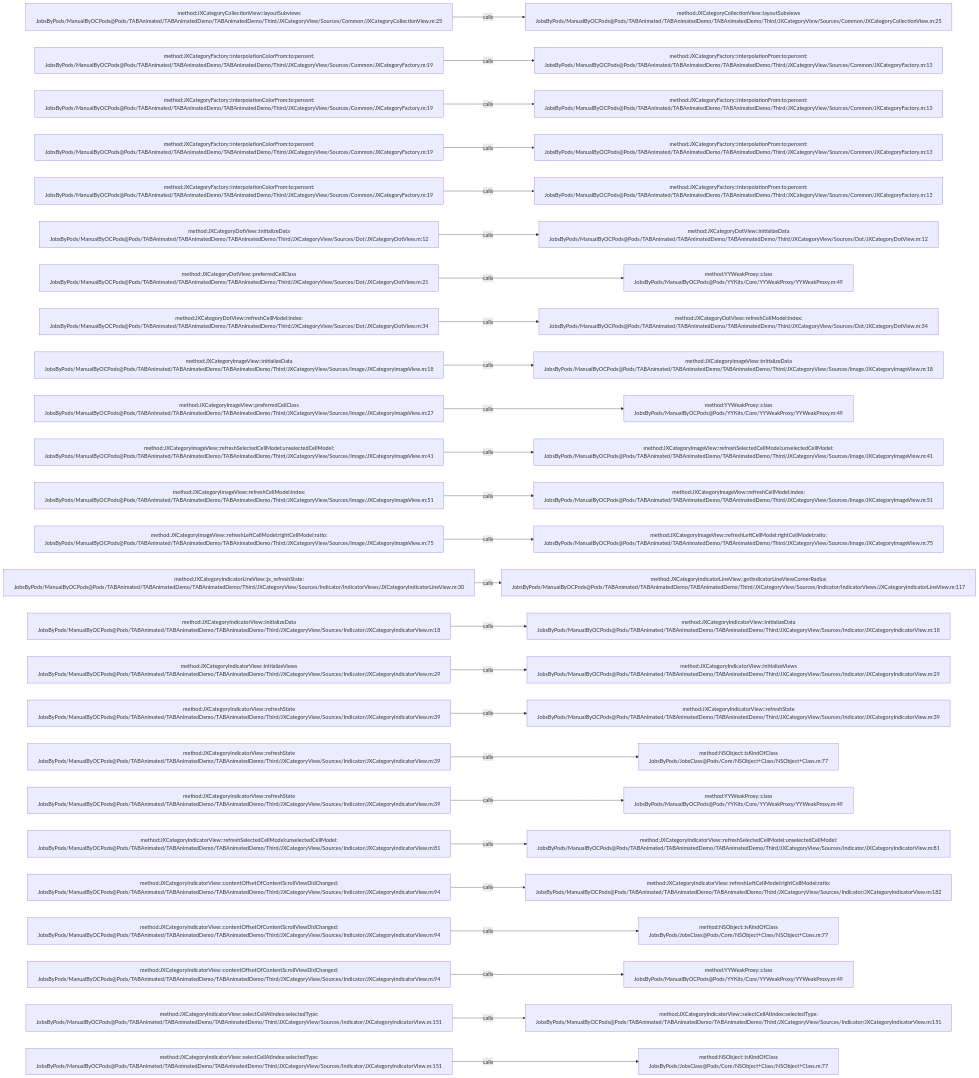
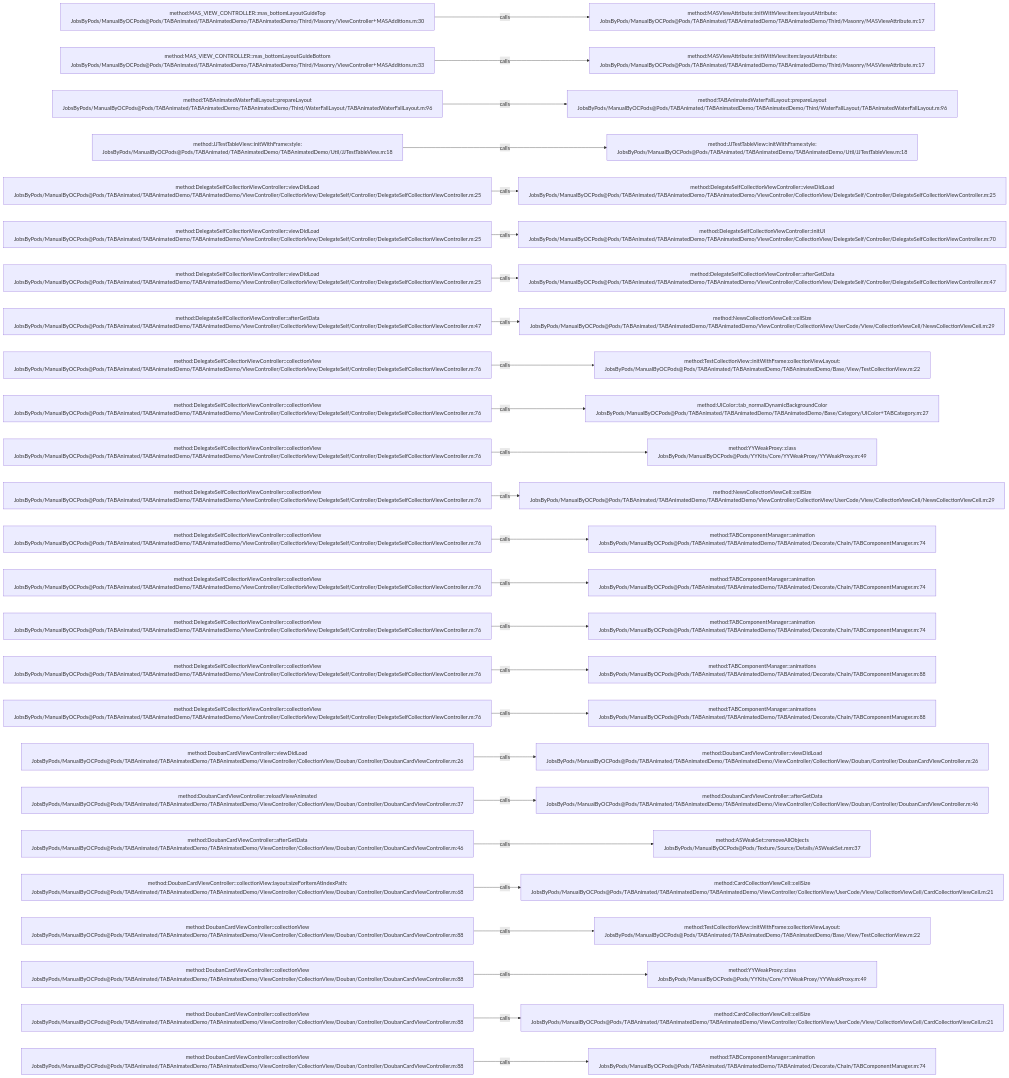
One commit to JobsKits/JobsOCBaseConfigDemo changed the diagram in .codegraph/codegraph.md/graphs/calls-040.md. Above: the diagram before and after it, drawn with Mermaid. The commit also changed 1448 other files, not shown here.

````diff
--- a/.codegraph/codegraph.md/graphs/calls-040.md
+++ b/.codegraph/codegraph.md/graphs/calls-040.md
@@ -13,78 +13,78 @@
 ```mermaid
 flowchart LR
-  S1["method:JXCategoryCollectionView::layoutSubviews<br/>JobsByPods/ManualByOCPods@Pods/TABAnimated/TABAnimatedDemo/TABAnimatedDemo/Third/JXCategoryView/Sources/Common/JXCategoryCollectionView.m:25"]
-  T1["method:JXCategoryCollectionView::layoutSubviews<br/>JobsByPods/ManualByOCPods@Pods/TABAnimated/TABAnimatedDemo/TABAnimatedDemo/Third/JXCategoryView/Sources/Common/JXCategoryCollectionView.m:25"]
+  S1["method:MAS_VIEW_CONTROLLER::mas_bottomLayoutGuideTop<br/>JobsByPods/ManualByOCPods@Pods/TABAnimated/TABAnimatedDemo/TABAnimatedDemo/Third/Masonry/ViewController+MASAdditions.m:30"]
+  T1["method:MASViewAttribute::initWithView:item:layoutAttribute:<br/>JobsByPods/ManualByOCPods@Pods/TABAnimated/TABAnimatedDemo/TABAnimatedDemo/Third/Masonry/MASViewAttribute.m:17"]
   S1 -->|calls| T1
-  S2["method:JXCategoryFactory::interpolationColorFrom:to:percent:<br/>JobsByPods/ManualByOCPods@Pods/TABAnimated/TABAnimatedDemo/TABAnimatedDemo/Third/JXCategoryView/Sources/Common/JXCategoryFactory.m:19"]
-  T2["method:JXCategoryFactory::interpolationFrom:to:percent:<br/>JobsByPods/ManualByOCPods@Pods/TABAnimated/TABAnimatedDemo/TABAnimatedDemo/Third/JXCategoryView/Sources/Common/JXCategoryFactory.m:13"]
+  S2["method:MAS_VIEW_CONTROLLER::mas_bottomLayoutGuideBottom<br/>JobsByPods/ManualByOCPods@Pods/TABAnimated/TABAnimatedDemo/TABAnimatedDemo/Third/Masonry/ViewController+MASAdditions.m:33"]
+  T2["method:MASViewAttribute::initWithView:item:layoutAttribute:<br/>JobsByPods/ManualByOCPods@Pods/TABAnimated/TABAnimatedDemo/TABAnimatedDemo/Third/Masonry/MASViewAttribute.m:17"]
   S2 -->|calls| T2
-  S3["method:JXCategoryFactory::interpolationColorFrom:to:percent:<br/>JobsByPods/ManualByOCPods@Pods/TABAnimated/TABAnimatedDemo/TABAnimatedDemo/Third/JXCategoryView/Sources/Common/JXCategoryFactory.m:19"]
-  T3["method:JXCategoryFactory::interpolationFrom:to:percent:<br/>JobsByPods/ManualByOCPods@Pods/TABAnimated/TABAnimatedDemo/TABAnimatedDemo/Third/JXCategoryView/Sources/Common/JXCategoryFactory.m:13"]
+  S3["method:TABAnimatedWaterFallLayout::prepareLayout<br/>JobsByPods/ManualByOCPods@Pods/TABAnimated/TABAnimatedDemo/TABAnimatedDemo/Third/WaterFallLayout/TABAnimatedWaterFallLayout.m:96"]
+  T3["method:TABAnimatedWaterFallLayout::prepareLayout<br/>JobsByPods/ManualByOCPods@Pods/TABAnimated/TABAnimatedDemo/TABAnimatedDemo/Third/WaterFallLayout/TABAnimatedWaterFallLayout.m:96"]
   S3 -->|calls| T3
-  S4["method:JXCategoryFactory::interpolationColorFrom:to:percent:<br/>JobsByPods/ManualByOCPods@Pods/TABAnimated/TABAnimatedDemo/TABAnimatedDemo/Third/JXCategoryView/Sources/Common/JXCategoryFactory.m:19"]
-  T4["method:JXCategoryFactory::interpolationFrom:to:percent:<br/>JobsByPods/ManualByOCPods@Pods/TABAnimated/TABAnimatedDemo/TABAnimatedDemo/Third/JXCategoryView/Sources/Common/JXCategoryFactory.m:13"]
+  S4["method:JJTestTableView::initWithFrame:style:<br/>JobsByPods/ManualByOCPods@Pods/TABAnimated/TABAnimatedDemo/TABAnimatedDemo/Util/JJTestTableView.m:18"]
+  T4["method:JJTestTableView::initWithFrame:style:<br/>JobsByPods/ManualByOCPods@Pods/TABAnimated/TABAnimatedDemo/TABAnimatedDemo/Util/JJTestTableView.m:18"]
   S4 -->|calls| T4
-  S5["method:JXCategoryFactory::interpolationColorFrom:to:percent:<br/>JobsByPods/ManualByOCPods@Pods/TABAnimated/TABAnimatedDemo/TABAnimatedDemo/Third/JXCategoryView/Sources/Common/JXCategoryFactory.m:19"]
-  T5["method:JXCategoryFactory::interpolationFrom:to:percent:<br/>JobsByPods/ManualByOCPods@Pods/TABAnimated/TABAnimatedDemo/TABAnimatedDemo/Third/JXCategoryView/Sources/Common/JXCategoryFactory.m:13"]
+  S5["method:DelegateSelfCollectionViewController::viewDidLoad<br/>JobsByPods/ManualByOCPods@Pods/TABAnimated/TABAnimatedDemo/TABAnimatedDemo/ViewController/CollectionView/DelegateSelf/Controller/DelegateSelfCollectionViewController.m:25"]
+  T5["method:DelegateSelfCollectionViewController::viewDidLoad<br/>JobsByPods/ManualByOCPods@Pods/TABAnimated/TABAnimatedDemo/TABAnimatedDemo/ViewController/CollectionView/DelegateSelf/Controller/DelegateSelfCollectionViewController.m:25"]
   S5 -->|calls| T5
-  S6["method:JXCategoryDotView::initializeData<br/>JobsByPods/ManualByOCPods@Pods/TABAnimated/TABAnimatedDemo/TABAnimatedDemo/Third/JXCategoryView/Sources/Dot/JXCategoryDotView.m:12"]
-  T6["method:JXCategoryDotView::initializeData<br/>JobsByPods/ManualByOCPods@Pods/TABAnimated/TABAnimatedDemo/TABAnimatedDemo/Third/JXCategoryView/Sources/Dot/JXCategoryDotView.m:12"]
+  S6["method:DelegateSelfCollectionViewController::viewDidLoad<br/>JobsByPods/ManualByOCPods@Pods/TABAnimated/TABAnimatedDemo/TABAnimatedDemo/ViewController/CollectionView/DelegateSelf/Controller/DelegateSelfCollectionViewController.m:25"]
+  T6["method:DelegateSelfCollectionViewController::initUI<br/>JobsByPods/ManualByOCPods@Pods/TABAnimated/TABAnimatedDemo/TABAnimatedDemo/ViewController/CollectionView/DelegateSelf/Controller/DelegateSelfCollectionViewController.m:70"]
   S6 -->|calls| T6
-  S7["method:JXCategoryDotView::preferredCellClass<br/>JobsByPods/ManualByOCPods@Pods/TABAnimated/TABAnimatedDemo/TABAnimatedDemo/Third/JXCategoryView/Sources/Dot/JXCategoryDotView.m:21"]
-  T7["method:YYWeakProxy::class<br/>JobsByPods/ManualByOCPods@Pods/YYKits/Core/YYWeakProxy/YYWeakProxy.m:49"]
+  S7["method:DelegateSelfCollectionViewController::viewDidLoad<br/>JobsByPods/ManualByOCPods@Pods/TABAnimated/TABAnimatedDemo/TABAnimatedDemo/ViewController/CollectionView/DelegateSelf/Controller/DelegateSelfCollectionViewController.m:25"]
+  T7["method:DelegateSelfCollectionViewController::afterGetData<br/>JobsByPods/ManualByOCPods@Pods/TABAnimated/TABAnimatedDemo/TABAnimatedDemo/ViewController/CollectionView/DelegateSelf/Controller/DelegateSelfCollectionViewController.m:47"]
   S7 -->|calls| T7
-  S8["method:JXCategoryDotView::refreshCellModel:index:<br/>JobsByPods/ManualByOCPods@Pods/TABAnimated/TABAnimatedDemo/TABAnimatedDemo/Third/JXCategoryView/Sources/Dot/JXCategoryDotView.m:34"]
-  T8["method:JXCategoryDotView::refreshCellModel:index:<br/>JobsByPods/ManualByOCPods@Pods/TABAnimated/TABAnimatedDemo/TABAnimatedDemo/Third/JXCategoryView/Sources/Dot/JXCategoryDotView.m:34"]
+  S8["method:DelegateSelfCollectionViewController::afterGetData<br/>JobsByPods/ManualByOCPods@Pods/TABAnimated/TABAnimatedDemo/TABAnimatedDemo/ViewController/CollectionView/DelegateSelf/Controller/DelegateSelfCollectionViewController.m:47"]
+  T8["method:NewsCollectionViewCell::cellSize<br/>JobsByPods/ManualByOCPods@Pods/TABAnimated/TABAnimatedDemo/TABAnimatedDemo/ViewController/CollectionView/UserCode/View/CollectionViewCell/NewsCollectionViewCell.m:29"]
   S8 -->|calls| T8
-  S9["method:JXCategoryImageView::initializeData<br/>JobsByPods/ManualByOCPods@Pods/TABAnimated/TABAnimatedDemo/TABAnimatedDemo/Third/JXCategoryView/Sources/Image/JXCategoryImageView.m:18"]
-  T9["method:JXCategoryImageView::initializeData<br/>JobsByPods/ManualByOCPods@Pods/TABAnimated/TABAnimatedDemo/TABAnimatedDemo/Third/JXCategoryView/Sources/Image/JXCategoryImageView.m:18"]
+  S9["method:DelegateSelfCollectionViewController::collectionView<br/>JobsByPods/ManualByOCPods@Pods/TABAnimated/TABAnimatedDemo/TABAnimatedDemo/ViewController/CollectionView/DelegateSelf/Controller/DelegateSelfCollectionViewController.m:76"]
+  T9["method:TestCollectionView::initWithFrame:collectionViewLayout:<br/>JobsByPods/ManualByOCPods@Pods/TABAnimated/TABAnimatedDemo/TABAnimatedDemo/Base/View/TestCollectionView.m:22"]
   S9 -->|calls| T9
-  S10["method:JXCategoryImageView::preferredCellClass<br/>JobsByPods/ManualByOCPods@Pods/TABAnimated/TABAnimatedDemo/TABAnimatedDemo/Third/JXCategoryView/Sources/Image/JXCategoryImageView.m:27"]
-  T10["method:YYWeakProxy::class<br/>JobsByPods/ManualByOCPods@Pods/YYKits/Core/YYWeakProxy/YYWeakProxy.m:49"]
+  S10["method:DelegateSelfCollectionViewController::collectionView<br/>JobsByPods/ManualByOCPods@Pods/TABAnimated/TABAnimatedDemo/TABAnimatedDemo/ViewController/CollectionView/DelegateSelf/Controller/DelegateSelfCollectionViewController.m:76"]
+  T10["method:UIColor::tab_normalDynamicBackgroundColor<br/>JobsByPods/ManualByOCPods@Pods/TABAnimated/TABAnimatedDemo/TABAnimatedDemo/Base/Category/UIColor+TABCategory.m:27"]
   S10 -->|calls| T10
-  S11["method:JXCategoryImageView::refreshSelectedCellModel:unselectedCellModel:<br/>JobsByPods/ManualByOCPods@Pods/TABAnimated/TABAnimatedDemo/TABAnimatedDemo/Third/JXCategoryView/Sources/Image/JXCategoryImageView.m:41"]
-  T11["method:JXCategoryImageView::refreshSelectedCellModel:unselectedCellModel:<br/>JobsByPods/ManualByOCPods@Pods/TABAnimated/TABAnimatedDemo/TABAnimatedDemo/Third/JXCategoryView/Sources/Image/JXCategoryImageView.m:41"]
+  S11["method:DelegateSelfCollectionViewController::collectionView<br/>JobsByPods/ManualByOCPods@Pods/TABAnimated/TABAnimatedDemo/TABAnimatedDemo/ViewController/CollectionView/DelegateSelf/Controller/DelegateSelfCollectionViewController.m:76"]
+  T11["method:YYWeakProxy::class<br/>JobsByPods/ManualByOCPods@Pods/YYKits/Core/YYWeakProxy/YYWeakProxy.m:49"]
   S11 -->|calls| T11
-  S12["method:JXCategoryImageView::refreshCellModel:index:<br/>JobsByPods/ManualByOCPods@Pods/TABAnimated/TABAnimatedDemo/TABAnimatedDemo/Third/JXCategoryView/Sources/Image/JXCategoryImageView.m:51"]
-  T12["method:JXCategoryImageView::refreshCellModel:index:<br/>JobsByPods/ManualByOCPods@Pods/TABAnimated/TABAnimatedDemo/TABAnimatedDemo/Third/JXCategoryView/Sources/Image/JXCategoryImageView.m:51"]
+  S12["method:DelegateSelfCollectionViewController::collectionView<br/>JobsByPods/ManualByOCPods@Pods/TABAnimated/TABAnimatedDemo/TABAnimatedDemo/ViewController/CollectionView/DelegateSelf/Controller/DelegateSelfCollectionViewController.m:76"]
+  T12["method:NewsCollectionViewCell::cellSize<br/>JobsByPods/ManualByOCPods@Pods/TABAnimated/TABAnimatedDemo/TABAnimatedDemo/ViewController/CollectionView/UserCode/View/CollectionViewCell/NewsCollectionViewCell.m:29"]
   S12 -->|calls| T12
-  S13["method:JXCategoryImageView::refreshLeftCellModel:rightCellModel:ratio:<br/>JobsByPods/ManualByOCPods@Pods/TABAnimated/TABAnimatedDemo/TABAnimatedDemo/Third/JXCategoryView/Sources/Image/JXCategoryImageView.m:75"]
-  T13["method:JXCategoryImageView::refreshLeftCellModel:rightCellModel:ratio:<br/>JobsByPods/ManualByOCPods@Pods/TABAnimated/TABAnimatedDemo/TABAnimatedDemo/Third/JXCategoryView/Sources/Image/JXCategoryImageView.m:75"]
+  S13["method:DelegateSelfCollectionViewController::collectionView<br/>JobsByPods/ManualByOCPods@Pods/TABAnimated/TABAnimatedDemo/TABAnimatedDemo/ViewController/CollectionView/DelegateSelf/Controller/DelegateSelfCollectionViewController.m:76"]
+  T13["method:TABComponentManager::animation<br/>JobsByPods/ManualByOCPods@Pods/TABAnimated/TABAnimatedDemo/TABAnimated/Decorate/Chain/TABComponentManager.m:74"]
   S13 -->|calls| T13
-  S14["method:JXCategoryIndicatorLineView::jx_refreshState:<br/>JobsByPods/ManualByOCPods@Pods/TABAnimated/TABAnimatedDemo/TABAnimatedDemo/Third/JXCategoryView/Sources/Indicator/IndicatorViews/JXCategoryIndicatorLineView.m:30"]
-  T14["method:JXCategoryIndicatorLineView::getIndicatorLineViewCornerRadius<br/>JobsByPods/ManualByOCPods@Pods/TABAnimated/TABAnimatedDemo/TABAnimatedDemo/Third/JXCategoryView/Sources/Indicator/IndicatorViews/JXCategoryIndicatorLineView.m:117"]
+  S14["method:DelegateSelfCollectionViewController::collectionView<br/>JobsByPods/ManualByOCPods@Pods/TABAnimated/TABAnimatedDemo/TABAnimatedDemo/ViewController/CollectionView/DelegateSelf/Controller/DelegateSelfCollectionViewController.m:76"]
+  T14["method:TABComponentManager::animation<br/>JobsByPods/ManualByOCPods@Pods/TABAnimated/TABAnimatedDemo/TABAnimated/Decorate/Chain/TABComponentManager.m:74"]
   S14 -->|calls| T14
-  S15["method:JXCategoryIndicatorView::initializeData<br/>JobsByPods/ManualByOCPods@Pods/TABAnimated/TABAnimatedDemo/TABAnimatedDemo/Third/JXCategoryView/Sources/Indicator/JXCategoryIndicatorView.m:18"]
-  T15["method:JXCategoryIndicatorView::initializeData<br/>JobsByPods/ManualByOCPods@Pods/TABAnimated/TABAnimatedDemo/TABAnimatedDemo/Third/JXCategoryView/Sources/Indicator/JXCategoryIndicatorView.m:18"]
+  S15["method:DelegateSelfCollectionViewController::collectionView<br/>JobsByPods/ManualByOCPods@Pods/TABAnimated/TABAnimatedDemo/TABAnimatedDemo/ViewController/CollectionView/DelegateSelf/Controller/DelegateSelfCollectionViewController.m:76"]
+  T15["method:TABComponentManager::animation<br/>JobsByPods/ManualByOCPods@Pods/TABAnimated/TABAnimatedDemo/TABAnimated/Decorate/Chain/TABComponentManager.m:74"]
   S15 -->|calls| T15
-  S16["method:JXCategoryIndicatorView::initializeViews<br/>JobsByPods/ManualByOCPods@Pods/TABAnimated/TABAnimatedDemo/TABAnimatedDemo/Third/JXCategoryView/Sources/Indicator/JXCategoryIndicatorView.m:29"]
-  T16["method:JXCategoryIndicatorView::initializeViews<br/>JobsByPods/ManualByOCPods@Pods/TABAnimated/TABAnimatedDemo/TABAnimatedDemo/Third/JXCategoryView/Sources/Indicator/JXCategoryIndicatorView.m:29"]
+  S16["method:DelegateSelfCollectionViewController::collectionView<br/>JobsByPods/ManualByOCPods@Pods/TABAnimated/TABAnimatedDemo/TABAnimatedDemo/ViewController/CollectionView/DelegateSelf/Controller/DelegateSelfCollectionViewController.m:76"]
+  T16["method:TABComponentManager::animations<br/>JobsByPods/ManualByOCPods@Pods/TABAnimated/TABAnimatedDemo/TABAnimated/Decorate/Chain/TABComponentManager.m:88"]
   S16 -->|calls| T16
-  S17["method:JXCategoryIndicatorView::refreshState<br/>JobsByPods/ManualByOCPods@Pods/TABAnimated/TABAnimatedDemo/TABAnimatedDemo/Third/JXCategoryView/Sources/Indicator/JXCategoryIndicatorView.m:39"]
-  T17["method:JXCategoryIndicatorView::refreshState<br/>JobsByPods/ManualByOCPods@Pods/TABAnimated/TABAnimatedDemo/TABAnimatedDemo/Third/JXCategoryView/Sources/Indicator/JXCategoryIndicatorView.m:39"]
+  S17["method:DelegateSelfCollectionViewController::collectionView<br/>JobsByPods/ManualByOCPods@Pods/TABAnimated/TABAnimatedDemo/TABAnimatedDemo/ViewController/CollectionView/DelegateSelf/Controller/DelegateSelfCollectionViewController.m:76"]
+  T17["method:TABComponentManager::animations<br/>JobsByPods/ManualByOCPods@Pods/TABAnimated/TABAnimatedDemo/TABAnimated/Decorate/Chain/TABComponentManager.m:88"]
   S17 -->|calls| T17
-  S18["method:JXCategoryIndicatorView::refreshState<br/>JobsByPods/ManualByOCPods@Pods/TABAnimated/TABAnimatedDemo/TABAnimatedDemo/Third/JXCategoryView/Sources/Indicator/JXCategoryIndicatorView.m:39"]
-  T18["method:NSObject::isKindOfClass<br/>JobsByPods/JobsClass@Pods/Core/NSObject+Class/NSObject+Class.m:77"]
+  S18["method:DoubanCardViewController::viewDidLoad<br/>JobsByPods/ManualByOCPods@Pods/TABAnimated/TABAnimatedDemo/TABAnimatedDemo/ViewController/CollectionView/Douban/Controller/DoubanCardViewController.m:26"]
+  T18["method:DoubanCardViewController::viewDidLoad<br/>JobsByPods/ManualByOCPods@Pods/TABAnimated/TABAnimatedDemo/TABAnimatedDemo/ViewController/CollectionView/Douban/Controller/DoubanCardViewController.m:26"]
   S18 -->|calls| T18
-  S19["method:JXCategoryIndicatorView::refreshState<br/>JobsByPods/ManualByOCPods@Pods/TABAnimated/TABAnimatedDemo/TABAnimatedDemo/Third/JXCategoryView/Sources/Indicator/JXCategoryIndicatorView.m:39"]
-  T19["method:YYWeakProxy::class<br/>JobsByPods/ManualByOCPods@Pods/YYKits/Core/YYWeakProxy/YYWeakProxy.m:49"]
+  S19["method:DoubanCardViewController::reloadViewAnimated<br/>JobsByPods/ManualByOCPods@Pods/TABAnimated/TABAnimatedDemo/TABAnimatedDemo/ViewController/CollectionView/Douban/Controller/DoubanCardViewController.m:37"]
+  T19["method:DoubanCardViewController::afterGetData<br/>JobsByPods/ManualByOCPods@Pods/TABAnimated/TABAnimatedDemo/TABAnimatedDemo/ViewController/CollectionView/Douban/Controller/DoubanCardViewController.m:46"]
   S19 -->|calls| T19
-  S20["method:JXCategoryIndicatorView::refreshSelectedCellModel:unselectedCellModel:<br/>JobsByPods/ManualByOCPods@Pods/TABAnimated/TABAnimatedDemo/TABAnimatedDemo/Third/JXCategoryView/Sources/Indicator/JXCategoryIndicatorView.m:81"]
-  T20["method:JXCategoryIndicatorView::refreshSelectedCellModel:unselectedCellModel:<br/>JobsByPods/ManualByOCPods@Pods/TABAnimated/TABAnimatedDemo/TABAnimatedDemo/Third/JXCategoryView/Sources/Indicator/JXCategoryIndicatorView.m:81"]
+  S20["method:DoubanCardViewController::afterGetData<br/>JobsByPods/ManualByOCPods@Pods/TABAnimated/TABAnimatedDemo/TABAnimatedDemo/ViewController/CollectionView/Douban/Controller/DoubanCardViewController.m:46"]
+  T20["method:ASWeakSet::removeAllObjects<br/>JobsByPods/ManualByOCPods@Pods/Texture/Source/Details/ASWeakSet.mm:37"]
   S20 -->|calls| T20
-  S21["method:JXCategoryIndicatorView::contentOffsetOfContentScrollViewDidChanged:<br/>JobsByPods/ManualByOCPods@Pods/TABAnimated/TABAnimatedDemo/TABAnimatedDemo/Third/JXCategoryView/Sources/Indicator/JXCategoryIndicatorView.m:94"]
-  T21["method:JXCategoryIndicatorView::refreshLeftCellModel:rightCellModel:ratio:<br/>JobsByPods/ManualByOCPods@Pods/TABAnimated/TABAnimatedDemo/TABAnimatedDemo/Third/JXCategoryView/Sources/Indicator/JXCategoryIndicatorView.m:182"]
+  S21["method:DoubanCardViewController::collectionView:layout:sizeForItemAtIndexPath:<br/>JobsByPods/ManualByOCPods@Pods/TABAnimated/TABAnimatedDemo/TABAnimatedDemo/ViewController/CollectionView/Douban/Controller/DoubanCardViewController.m:68"]
+  T21["method:CardCollectionViewCell::cellSize<br/>JobsByPods/ManualByOCPods@Pods/TABAnimated/TABAnimatedDemo/TABAnimatedDemo/ViewController/CollectionView/UserCode/View/CollectionViewCell/CardCollectionViewCell.m:21"]
   S21 -->|calls| T21
-  S22["method:JXCategoryIndicatorView::contentOffsetOfContentScrollViewDidChanged:<br/>JobsByPods/ManualByOCPods@Pods/TABAnimated/TABAnimatedDemo/TABAnimatedDemo/Third/JXCategoryView/Sources/Indicator/JXCategoryIndicatorView.m:94"]
-  T22["method:NSObject::isKindOfClass<br/>JobsByPods/JobsClass@Pods/Core/NSObject+Class/NSObject+Class.m:77"]
+  S22["method:DoubanCardViewController::collectionView<br/>JobsByPods/ManualByOCPods@Pods/TABAnimated/TABAnimatedDemo/TABAnimatedDemo/ViewController/CollectionView/Douban/Controller/DoubanCardViewController.m:88"]
+  T22["method:TestCollectionView::initWithFrame:collectionViewLayout:<br/>JobsByPods/ManualByOCPods@Pods/TABAnimated/TABAnimatedDemo/TABAnimatedDemo/Base/View/TestCollectionView.m:22"]
   S22 -->|calls| T22
-  S23["method:JXCategoryIndicatorView::contentOffsetOfContentScrollViewDidChanged:<br/>JobsByPods/ManualByOCPods@Pods/TABAnimated/TABAnimatedDemo/TABAnimatedDemo/Third/JXCategoryView/Sources/Indicator/JXCategoryIndicatorView.m:94"]
+  S23["method:DoubanCardViewController::collectionView<br/>JobsByPods/ManualByOCPods@Pods/TABAnimated/TABAnimatedDemo/TABAnimatedDemo/ViewController/CollectionView/Douban/Controller/DoubanCardViewController.m:88"]
   T23["method:YYWeakProxy::class<br/>JobsByPods/ManualByOCPods@Pods/YYKits/Core/YYWeakProxy/YYWeakProxy.m:49"]
   S23 -->|calls| T23
-  S24["method:JXCategoryIndicatorView::selectCellAtIndex:selectedType:<br/>JobsByPods/ManualByOCPods@Pods/TABAnimated/TABAnimatedDemo/TABAnimatedDemo/Third/JXCategoryView/Sources/Indicator/JXCategoryIndicatorView.m:151"]
-  T24["method:JXCategoryIndicatorView::selectCellAtIndex:selectedType:<br/>JobsByPods/ManualByOCPods@Pods/TABAnimated/TABAnimatedDemo/TABAnimatedDemo/Third/JXCategoryView/Sources/Indicator/JXCategoryIndicatorView.m:151"]
+  S24["method:DoubanCardViewController::collectionView<br/>JobsByPods/ManualByOCPods@Pods/TABAnimated/TABAnimatedDemo/TABAnimatedDemo/ViewController/CollectionView/Douban/Controller/DoubanCardViewController.m:88"]
+  T24["method:CardCollectionViewCell::cellSize<br/>JobsByPods/ManualByOCPods@Pods/TABAnimated/TABAnimatedDemo/TABAnimatedDemo/ViewController/CollectionView/UserCode/View/CollectionViewCell/CardCollectionViewCell.m:21"]
   S24 -->|calls| T24
-  S25["method:JXCategoryIndicatorView::selectCellAtIndex:selectedType:<br/>JobsByPods/ManualByOCPods@Pods/TABAnimated/TABAnimatedDemo/TABAnimatedDemo/Third/JXCategoryView/Sources/Indicator/JXCategoryIndicatorView.m:151"]
-  T25["method:NSObject::isKindOfClass<br/>JobsByPods/JobsClass@Pods/Core/NSObject+Class/NSObject+Class.m:77"]
+  S25["method:DoubanCardViewController::collectionView<br/>JobsByPods/ManualByOCPods@Pods/TABAnimated/TABAnimatedDemo/TABAnimatedDemo/ViewController/CollectionView/Douban/Controller/DoubanCardViewController.m:88"]
+  T25["method:TABComponentManager::animation<br/>JobsByPods/ManualByOCPods@Pods/TABAnimated/TABAnimatedDemo/TABAnimated/Decorate/Chain/TABComponentManager.m:74"]
   S25 -->|calls| T25
 ```
````
